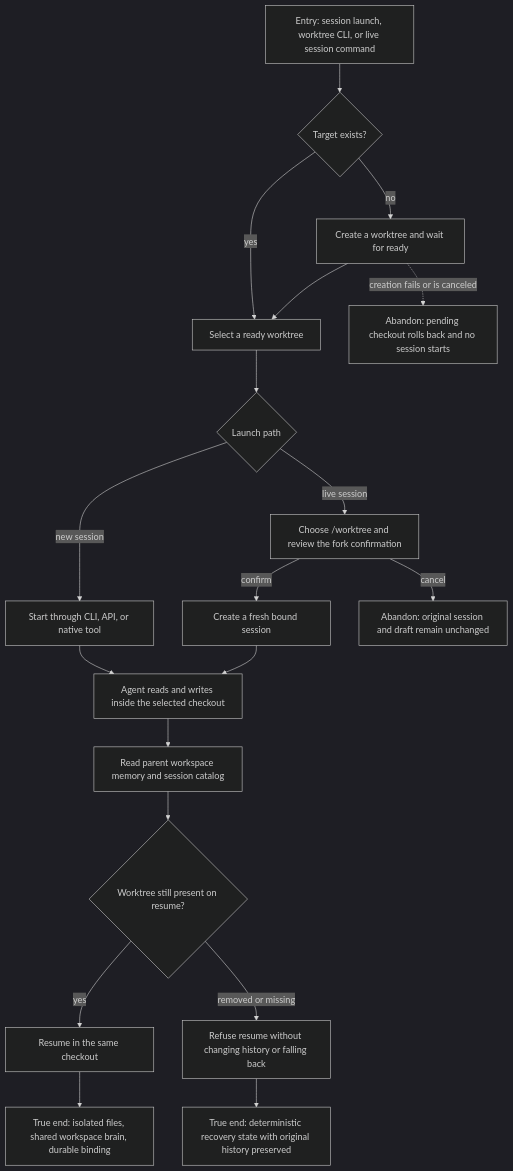
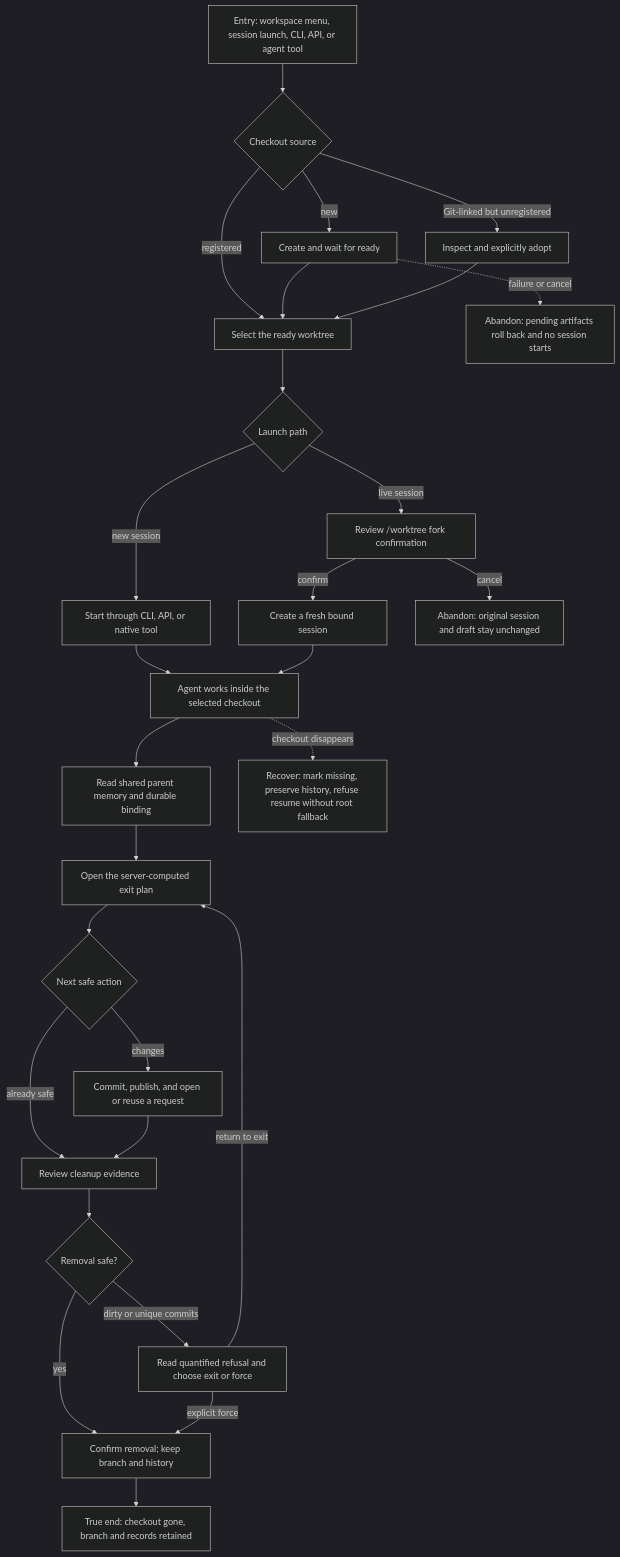
The diagram in docs/qa/journeys/J-worktree-management.md (compozy/compozy), drawn with Mermaid (dark theme) before and after one commit. The commit also changed other lines of this file and 241 other files, not shown here.

First line of the commit message:
feat: QA Plan and Session Charters #09

````diff
--- a/docs/qa/journeys/J-worktree-management.md
+++ b/docs/qa/journeys/J-worktree-management.md
@@ -6,21 +6,30 @@
 ```mermaid
 flowchart TD
-    A[Entry: session launch, worktree CLI, or live session command] --> B{Target exists?}
-    B -->|yes| C[Select a ready worktree]
-    B -->|no| D[Create a worktree and wait for ready]
-    D --> C
-    C --> E{Launch path}
-    E -->|new session| F[Start through CLI, API, or native tool]
-    E -->|live session| G[Choose /worktree and review the fork confirmation]
-    G -->|confirm| H[Create a fresh bound session]
-    G -->|cancel| X1[Abandon: original session and draft remain unchanged]
-    F --> I[Agent reads and writes inside the selected checkout]
-    H --> I
-    I --> J[Read parent workspace memory and session catalog]
-    J --> K{Worktree still present on resume?}
-    K -->|yes| L[Resume in the same checkout]
-    K -->|removed or missing| M[Refuse resume without changing history or falling back]
-    L --> N[True end: isolated files, shared workspace brain, durable binding]
-    M --> O[True end: deterministic recovery state with original history preserved]
-    D -.->|creation fails or is canceled| X2[Abandon: pending checkout rolls back and no session starts]
+    A[Entry: workspace menu, session launch, CLI, API, or agent tool] --> B{Checkout source}
+    B -->|new| C[Create and wait for ready]
+    B -->|Git-linked but unregistered| D[Inspect and explicitly adopt]
+    B -->|registered| E[Select the ready worktree]
+    C --> E
+    D --> E
+    E --> F{Launch path}
+    F -->|new session| G[Start through CLI, API, or native tool]
+    F -->|live session| H[Review /worktree fork confirmation]
+    H -->|confirm| I[Create a fresh bound session]
+    H -->|cancel| X1[Abandon: original session and draft stay unchanged]
+    G --> J[Agent works inside the selected checkout]
+    I --> J
+    J --> K[Read shared parent memory and durable binding]
+    K --> L[Open the server-computed exit plan]
+    L --> M{Next safe action}
+    M -->|changes| N[Commit, publish, and open or reuse a request]
+    M -->|already safe| O[Review cleanup evidence]
+    N --> O
+    O --> P{Removal safe?}
+    P -->|yes| Q[Confirm removal; keep branch and history]
+    P -->|dirty or unique commits| R[Read quantified refusal and choose exit or force]
+    R -->|return to exit| L
+    R -->|explicit force| Q
+    Q --> S[True end: checkout gone, branch and records retained]
+    C -.->|failure or cancel| X2[Abandon: pending artifacts roll back and no session starts]
+    J -.->|checkout disappears| X3[Recover: mark missing, preserve history, refuse resume without root fallback]
 ```
````
